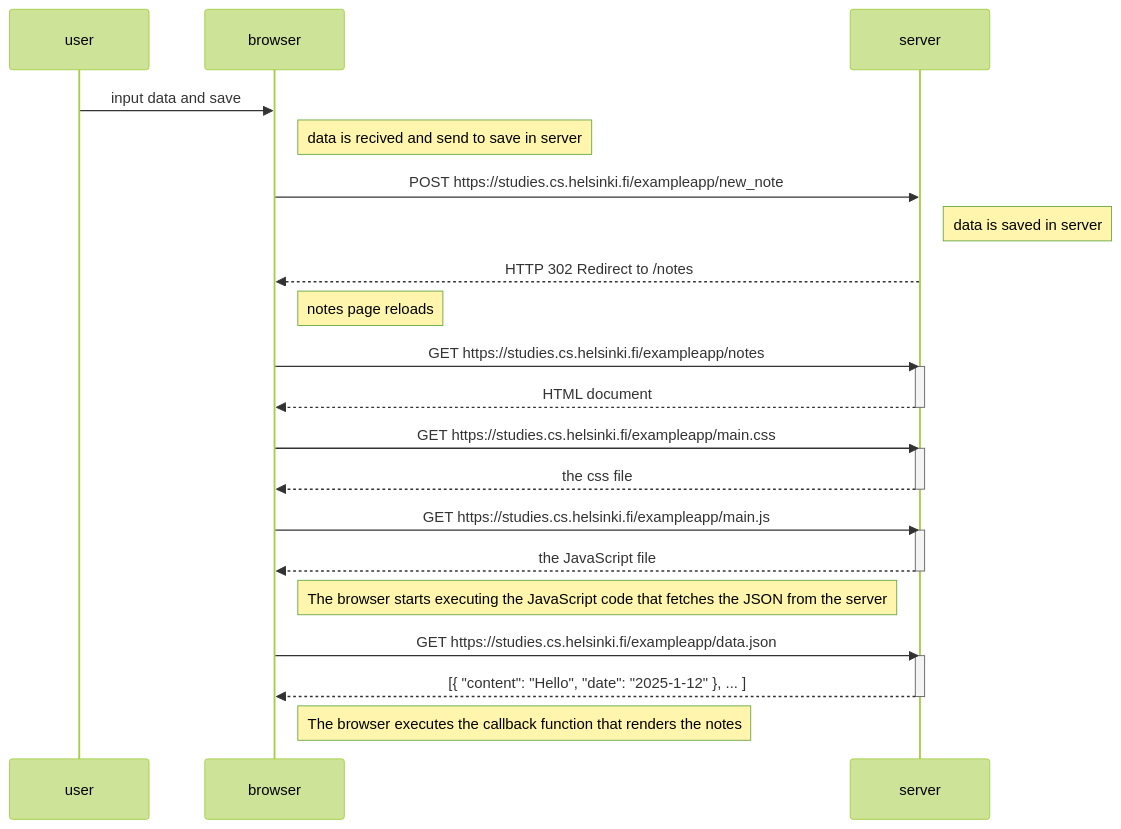
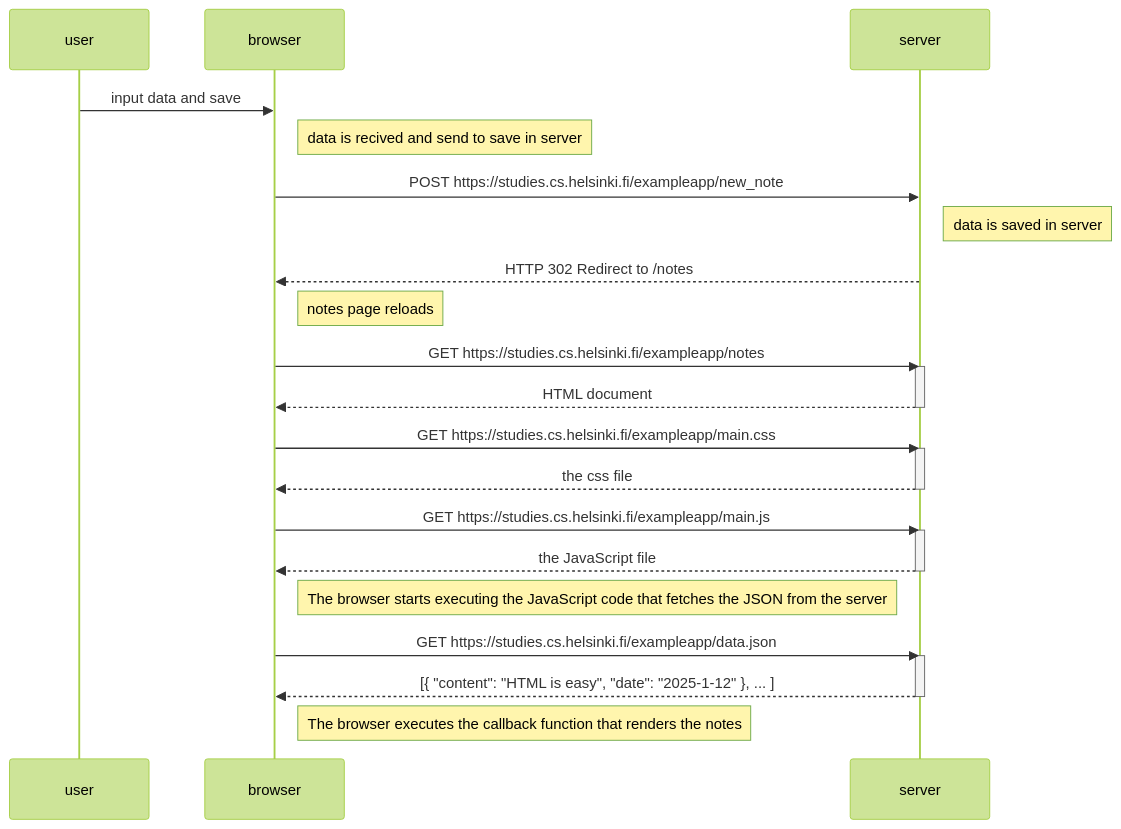
One commit to Ashwin-A031/fullstack changed the diagram in part/04.New-note-diagram.md. Above: the diagram before and after it, drawn with Mermaid (forest theme).

````diff
--- a/part/04.New-note-diagram.md
+++ b/part/04.New-note-diagram.md
@@ -1,40 +1,40 @@
 ```mermaid
 
     sequenceDiagram
         participant user
         participant browser
         participant server
 
         user->>browser: input data and save
         Note right of browser: data is recived and send to save in server
 
         browser->>server: POST https://studies.cs.helsinki.fi/exampleapp/new_note
         Note right of server: data is saved in server
         server-->>browser: HTTP 302 Redirect to /notes
         Note right of browser: notes page reloads
 
         browser->>server: GET https://studies.cs.helsinki.fi/exampleapp/notes
         activate server
         server-->>browser: HTML document
         deactivate server
 
         browser->>server: GET https://studies.cs.helsinki.fi/exampleapp/main.css
         activate server
         server-->>browser: the css file
         deactivate server
 
         browser->>server: GET https://studies.cs.helsinki.fi/exampleapp/main.js
         activate server
         server-->>browser: the JavaScript file
         deactivate server
 
         Note right of browser: The browser starts executing the JavaScript code that fetches the JSON from the server
 
         browser->>server: GET https://studies.cs.helsinki.fi/exampleapp/data.json
         activate server
-        server-->>browser: [{ "content": "Hello", "date": "2025-1-12" }, ... ]
+        server-->>browser: [{ "content": "HTML is easy", "date": "2025-1-12" }, ... ]
         deactivate server
 
         Note right of browser: The browser executes the callback function that renders the notes
 
 ```
````
